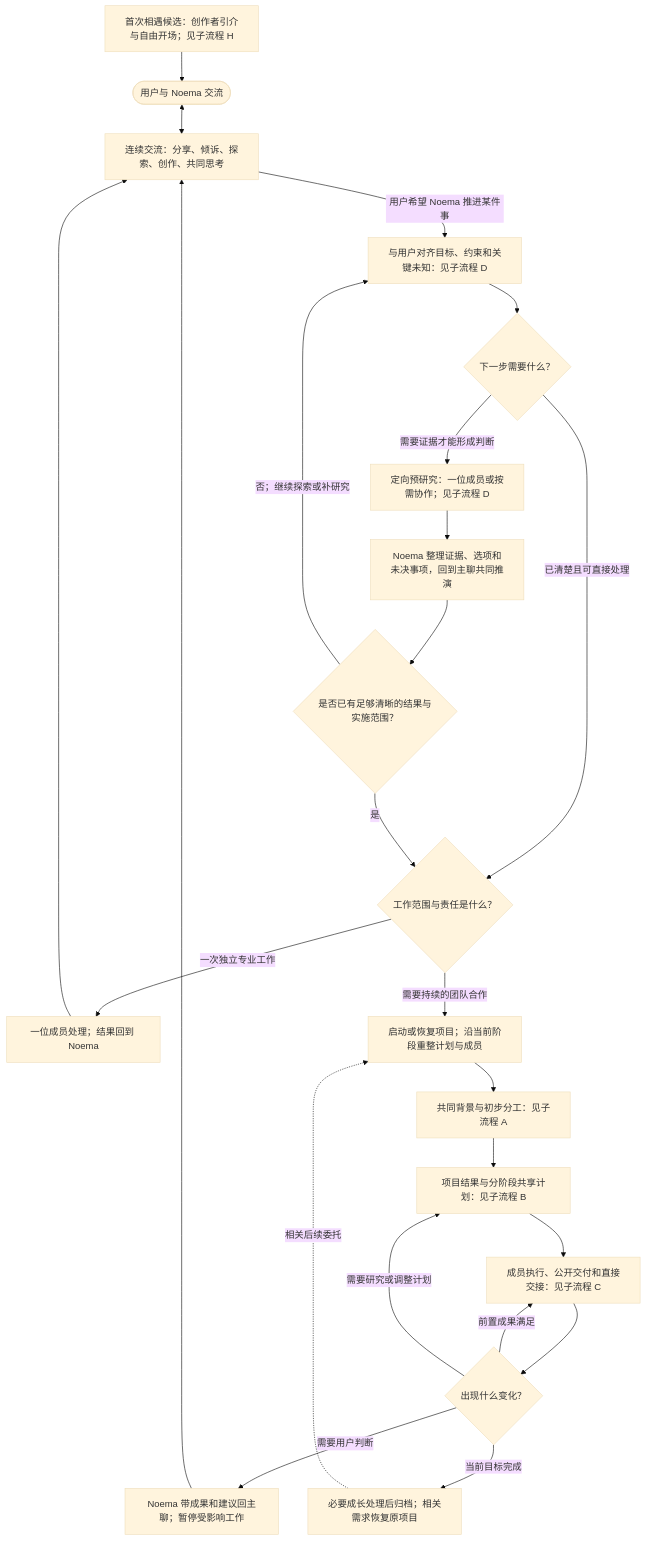
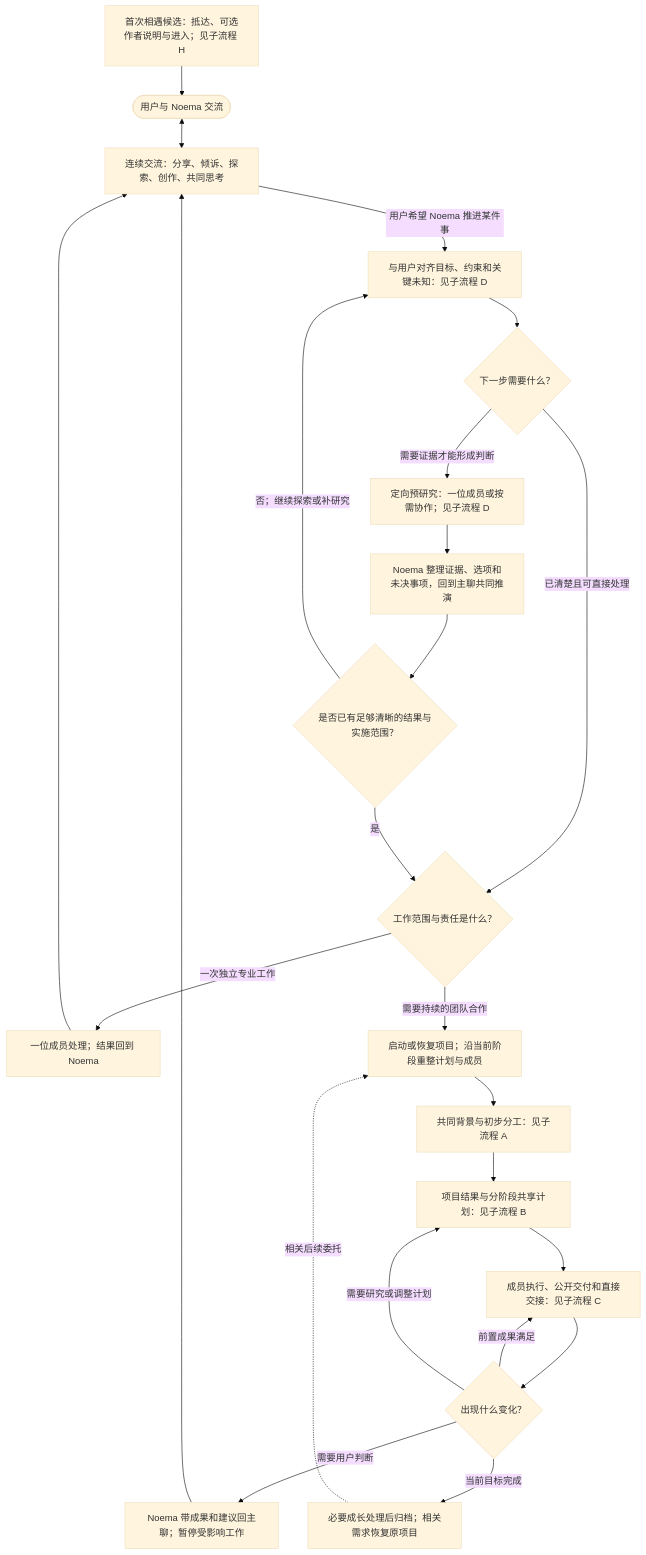
Before and after one commit to Noema-Harness/noema-agent: the first of 12 diagrams in docs/design/noema-core-flows.md, drawn with Mermaid (base theme). The commit also changed other lines of this file and 6 other files, not shown here.

````diff
--- a/docs/design/noema-core-flows.md
+++ b/docs/design/noema-core-flows.md
@@ -21,26 +21,26 @@
 ```mermaid
 flowchart TD
-    FIRST[首次相遇候选：创作者引介与自由开场；见子流程 H] --> U
+    FIRST[首次相遇候选：抵达、可选作者说明与进入；见子流程 H] --> U
     U([用户与 Noema 交流]) <--> N[连续交流：分享、倾诉、探索、创作、共同思考]
     N -- 用户希望 Noema 推进某件事 --> R[与用户对齐目标、约束和关键未知：见子流程 D]
     R --> DISCOVER{下一步需要什么？}
     DISCOVER -- 已清楚且可直接处理 --> CHOOSE{工作范围与责任是什么？}
     DISCOVER -- 需要证据才能形成判断 --> STUDY[定向预研究：一位成员或按需协作；见子流程 D]
     STUDY --> SYNTH[Noema 整理证据、选项和未决事项，回到主聊共同推演]
     SYNTH --> READY{是否已有足够清晰的结果与实施范围？}
     READY -- 否；继续探索或补研究 --> R
     READY -- 是 --> CHOOSE
     CHOOSE -- 一次独立专业工作 --> SINGLE[一位成员处理；结果回到 Noema]
     SINGLE --> N
     CHOOSE -- 需要持续的团队合作 --> PROJECT[启动或恢复项目；沿当前阶段重整计划与成员]
     PROJECT --> START[共同背景与初步分工：见子流程 A]
     START --> PLAN[项目结果与分阶段共享计划：见子流程 B]
     PLAN --> WORK[成员执行、公开交付和直接交接：见子流程 C]
     WORK --> DECIDE{出现什么变化？}
     DECIDE -- 前置成果满足 --> WORK
     DECIDE -- 需要研究或调整计划 --> PLAN
     DECIDE -- 需要用户判断 --> REVIEW[Noema 带成果和建议回主聊；暂停受影响工作]
     REVIEW --> N
     DECIDE -- 当前目标完成 --> END[必要成长处理后归档；相关需求恢复原项目]
     END -. 相关后续委托 .-> PROJECT
 ```
````
